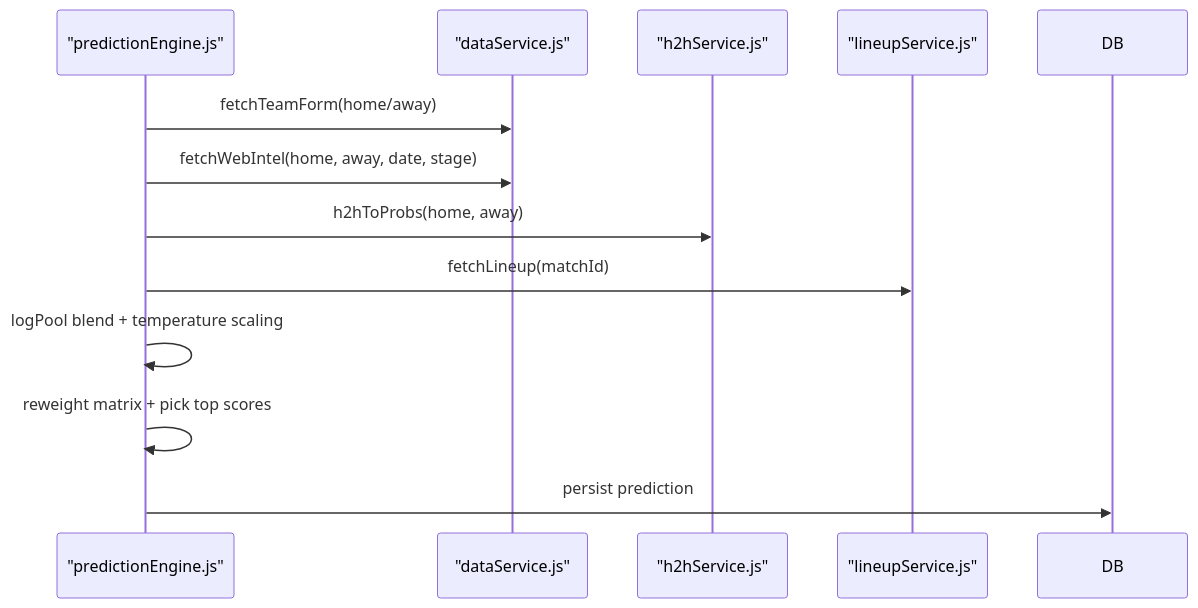
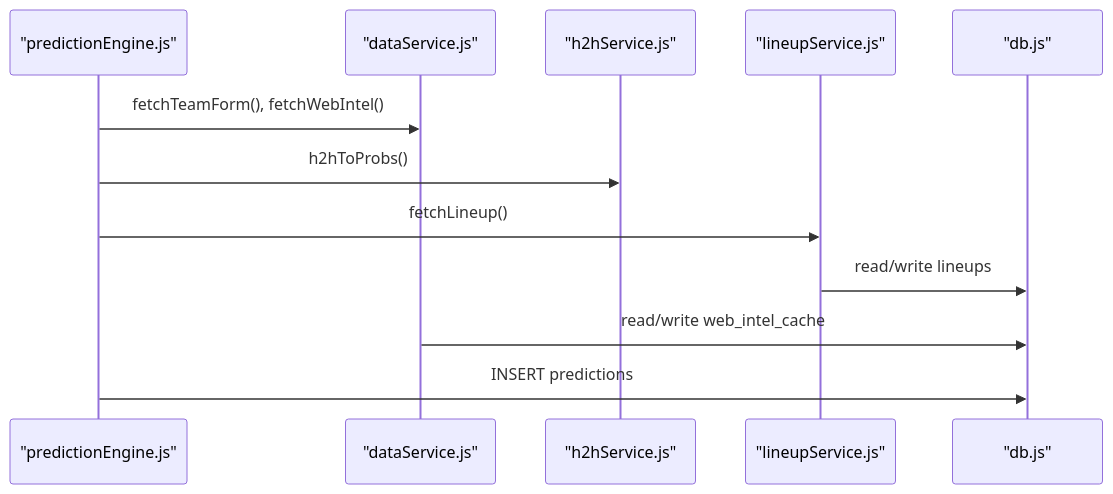
One commit to cheesiong/WC26-qwen changed the seventh of 8 diagrams in .qoder/repowiki/en/content/Data Services/Data Services.md. Above: the diagram before and after it, drawn with Mermaid. The commit also changed other lines of this file and 181 other files, not shown here.

````diff
--- a/.qoder/repowiki/en/content/Data Services/Data Services.md
+++ b/.qoder/repowiki/en/content/Data Services/Data Services.md
@@ -357,14 +327,14 @@
 ```mermaid
 sequenceDiagram
 participant PE as "predictionEngine.js"
 participant DS as "dataService.js"
 participant H2H as "h2hService.js"
-participant LS as "lineupService.js"
-PE->>DS : fetchTeamForm(home/away)
-PE->>DS : fetchWebIntel(home, away, date, stage)
-PE->>H2H : h2hToProbs(home, away)
-PE->>LS : fetchLineup(matchId)
-PE->>PE : logPool blend + temperature scaling
-PE->>PE : reweight matrix + pick top scores
-PE->>DB : persist prediction
+participant LIN as "lineupService.js"
+participant DB as "db.js"
+PE->>DS : fetchTeamForm(), fetchWebIntel()
+PE->>H2H : h2hToProbs()
+PE->>LIN : fetchLineup()
+LIN->>DB : read/write lineups
+DS->>DB : read/write web_intel_cache
+PE->>DB : INSERT predictions
 ```
````
